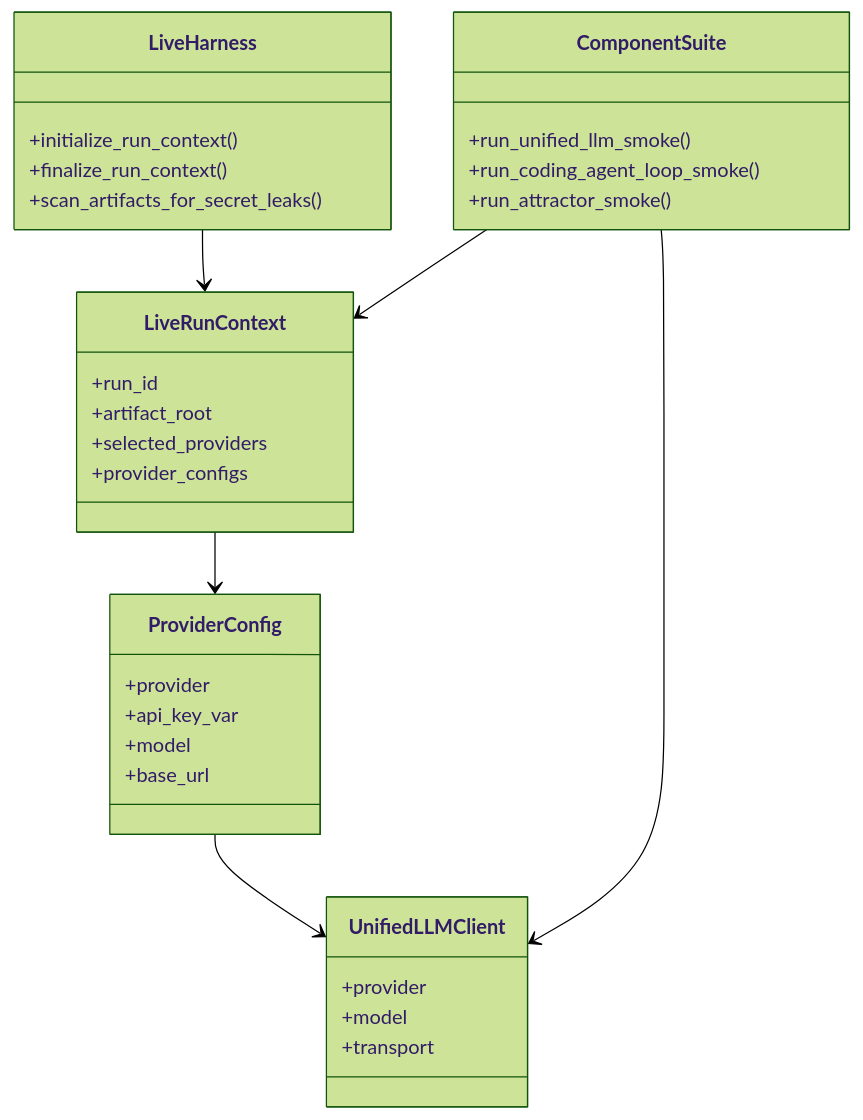
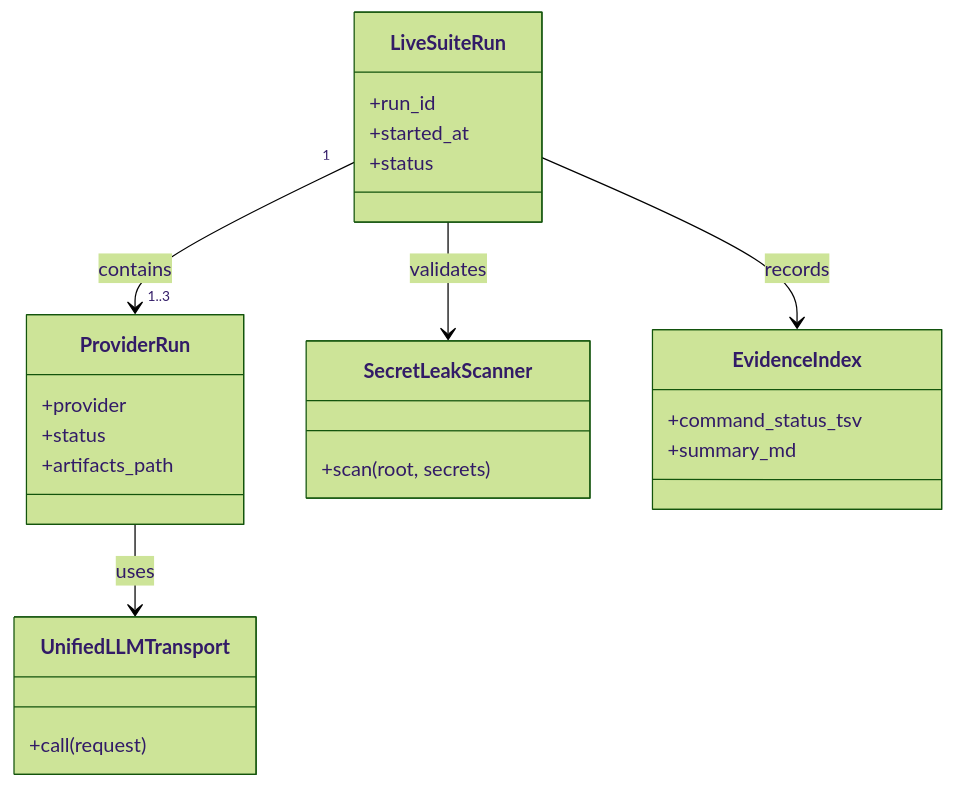
Before and after one commit to jaytaylor/attractor-tcl: the first of 5 diagrams in docs/sprints/SPRINT-004-comprehensive-implementation-plan.md, drawn with Mermaid (forest theme). The commit also changed other lines of this file, not shown here.

````diff
--- a/docs/sprints/SPRINT-004-comprehensive-implementation-plan.md
+++ b/docs/sprints/SPRINT-004-comprehensive-implementation-plan.md
@@ -1739,40 +1929,28 @@
 ```mermaid
 classDiagram
-  class LiveRunContext {
+  class LiveSuiteRun {
     +run_id
-    +artifact_root
-    +selected_providers
-    +provider_configs
+    +started_at
+    +status
+  }
+  class ProviderRun {
+    +provider
+    +status
+    +artifacts_path
+  }
+  class UnifiedLLMTransport {
+    +call(request)
+  }
+  class SecretLeakScanner {
+    +scan(root, secrets)
+  }
+  class EvidenceIndex {
+    +command_status_tsv
+    +summary_md
   }
 
-  class ProviderConfig {
-    +provider
-    +api_key_var
-    +model
-    +base_url
-  }
-
-  class UnifiedLLMClient {
-    +provider
-    +model
-    +transport
-  }
-
-  class LiveHarness {
-    +initialize_run_context()
-    +finalize_run_context()
-    +scan_artifacts_for_secret_leaks()
-  }
-
-  class ComponentSuite {
-    +run_unified_llm_smoke()
-    +run_coding_agent_loop_smoke()
-    +run_attractor_smoke()
-  }
-
-  LiveHarness --> LiveRunContext
-  LiveRunContext --> ProviderConfig
-  ProviderConfig --> UnifiedLLMClient
-  ComponentSuite --> UnifiedLLMClient
-  ComponentSuite --> LiveRunContext
+  LiveSuiteRun "1" --> "1..3" ProviderRun : contains
+  ProviderRun --> UnifiedLLMTransport : uses
+  LiveSuiteRun --> SecretLeakScanner : validates
+  LiveSuiteRun --> EvidenceIndex : records
 ```
````
